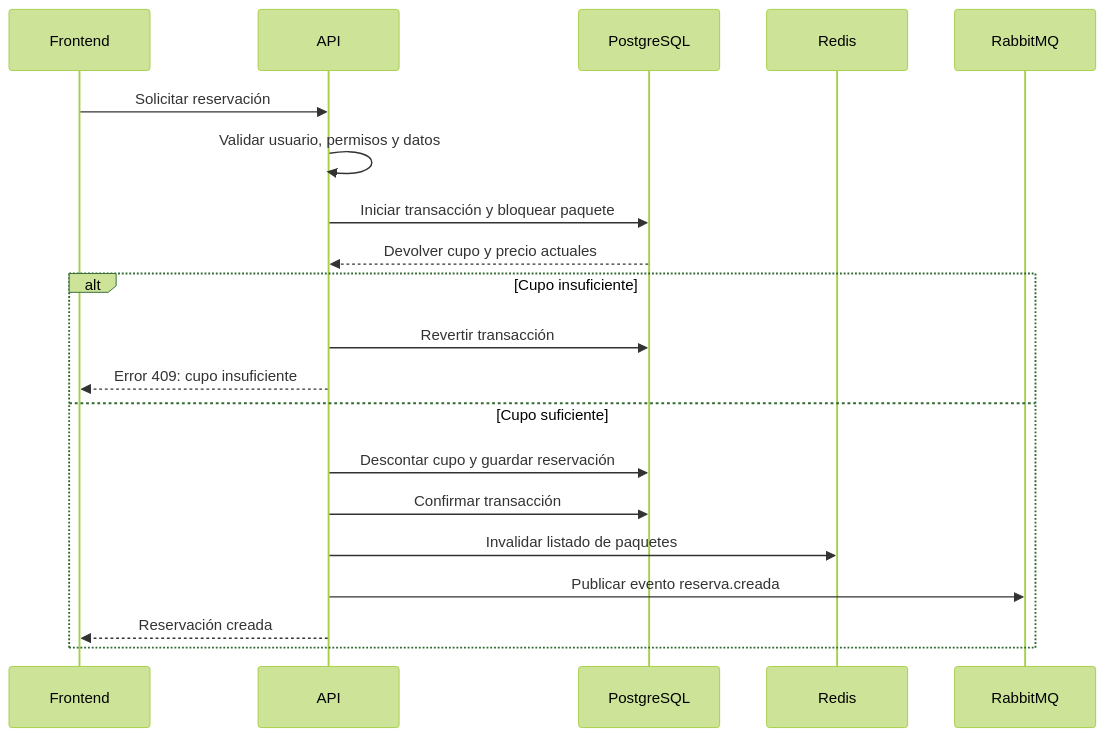
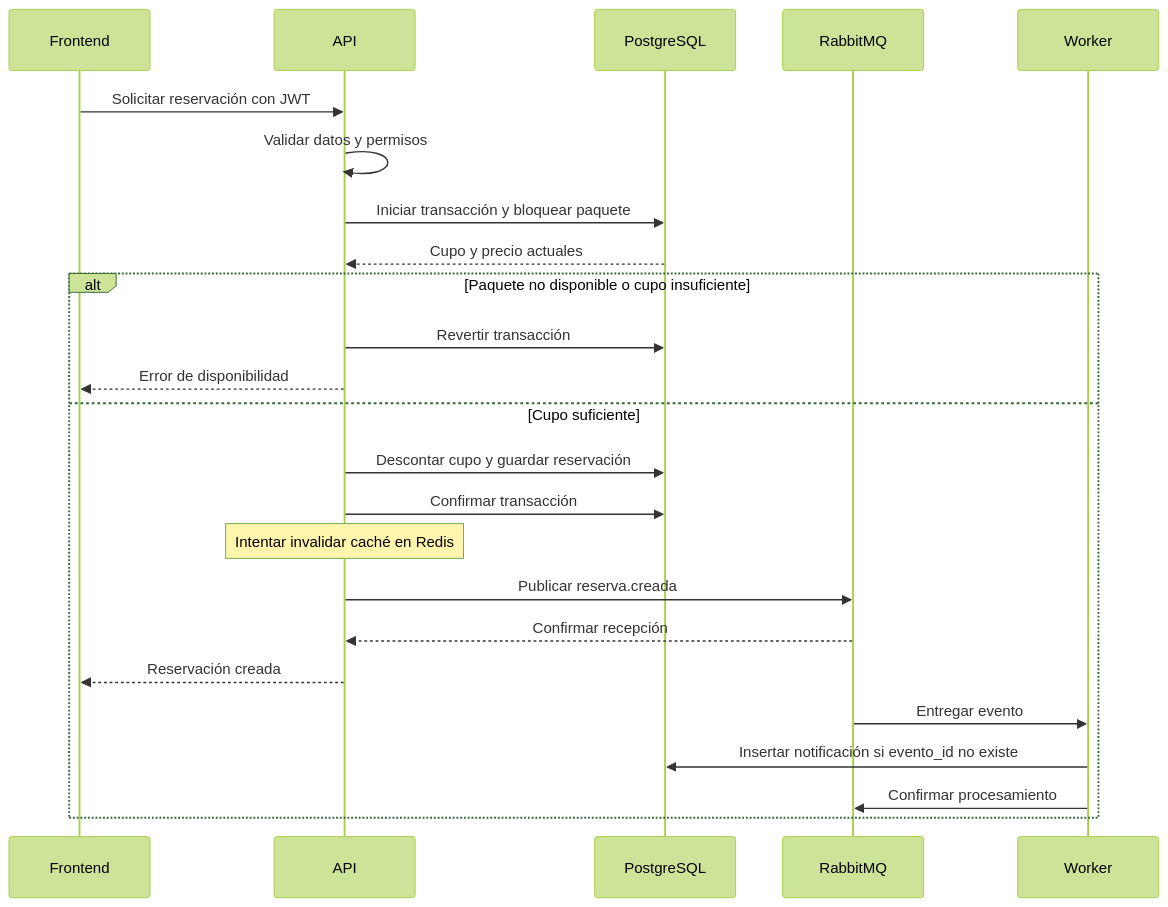
One commit to carlos160396/prueba-viajes changed the third of 3 diagrams in docs/DISENO.md. Above: the diagram before and after it, drawn with Mermaid (forest theme). The commit also changed other lines of this file, not shown here.

Commit message:
docs: actualizar DISENO.md con detalles sobre la arquitectura del sistema, modelo de datos y restricciones para la creación de reservaciones

````diff
--- a/docs/DISENO.md
+++ b/docs/DISENO.md
@@ -101,24 +121,28 @@
 ```mermaid
 sequenceDiagram
     participant F as Frontend
     participant A as API
     participant P as PostgreSQL
-    participant R as Redis
     participant Q as RabbitMQ
+    participant W as Worker
 
-    F->>A: Solicitar reservación
-    A->>A: Validar usuario, permisos y datos
+    F->>A: Solicitar reservación con JWT
+    A->>A: Validar datos y permisos
     A->>P: Iniciar transacción y bloquear paquete
-    P-->>A: Devolver cupo y precio actuales
+    P-->>A: Cupo y precio actuales
 
-    alt Cupo insuficiente
+    alt Paquete no disponible o cupo insuficiente
         A->>P: Revertir transacción
-        A-->>F: Error 409: cupo insuficiente
+        A-->>F: Error de disponibilidad
     else Cupo suficiente
         A->>P: Descontar cupo y guardar reservación
         A->>P: Confirmar transacción
-        A->>R: Invalidar listado de paquetes
-        A->>Q: Publicar evento reserva.creada
+        Note over A: Intentar invalidar caché en Redis
+        A->>Q: Publicar reserva.creada
+        Q-->>A: Confirmar recepción
         A-->>F: Reservación creada
+        Q->>W: Entregar evento
+        W->>P: Insertar notificación si evento_id no existe
+        W->>Q: Confirmar procesamiento
     end
 ```
````
